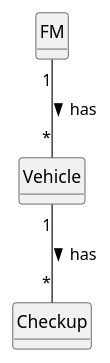
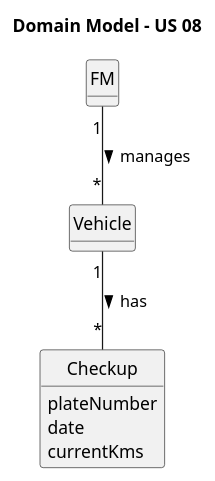
The diagram in docs/sprintA/us008/02.analysis/puml/us008-domain-model.puml (Departamento-de-Engenharia-Informatica/lei-24-s2-1dm-g132), drawn with PlantUML before and after one commit. The commit also changed 11 other files, not shown here.

```diff
--- a/docs/sprintA/us008/02.analysis/puml/us008-domain-model.puml
+++ b/docs/sprintA/us008/02.analysis/puml/us008-domain-model.puml
@@ -1,35 +1,34 @@
 @startuml
 skinparam monochrome true
 skinparam packageStyle rectangle
 skinparam shadowing false
 
 'left to right direction
 
 skinparam classAttributeIconSize 0
 
 hide circle
 hide methods
 
-'title Domain Model
+title Domain Model - US 08
 
-'class Platform {
-'  -description
-'}
 
 class Vehicle {
 
 }
 
 class FM {
 
 }
 
 class Checkup {
-
+    plateNumber
+    date
+    currentKms
 }
 
-FM "1" -- "*" Vehicle : has >
+FM "1" -- "*" Vehicle : manages >
 Vehicle "1" -- "*" Checkup : has >
 
 
 @enduml
```
